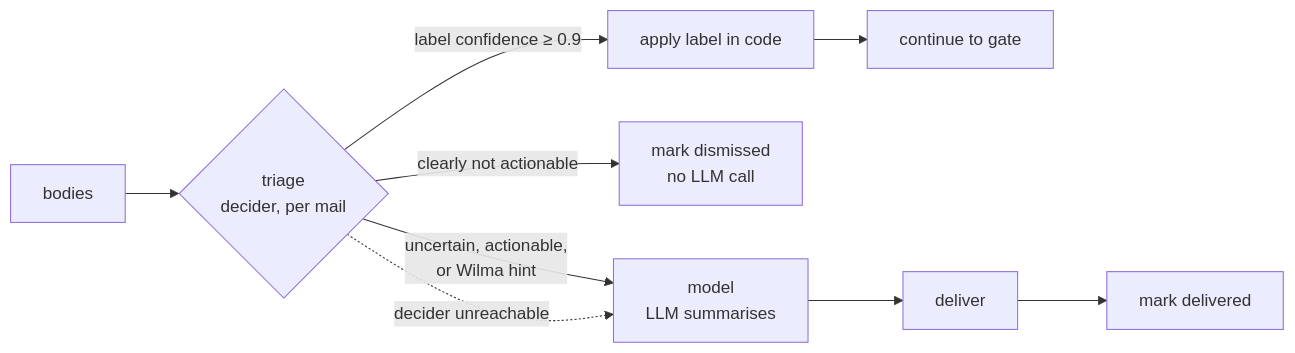
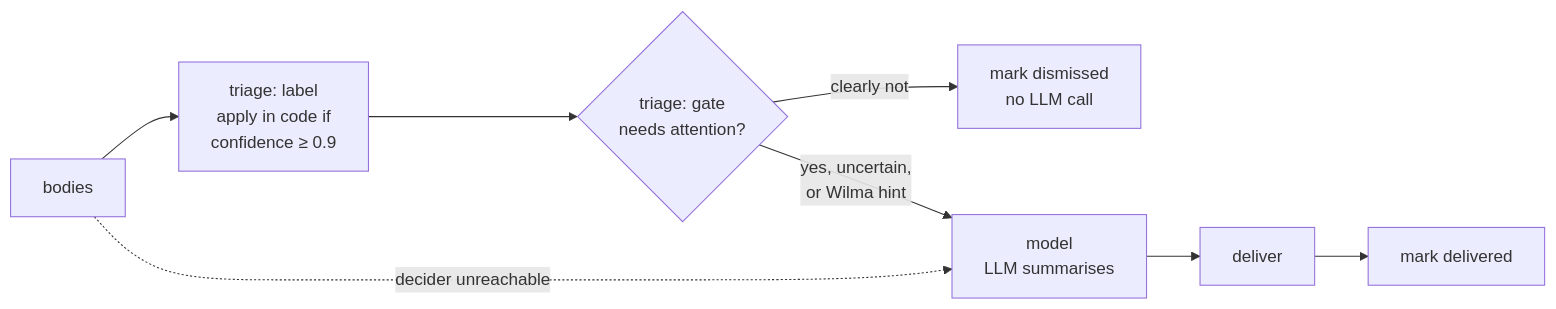
One commit to lepinkainen/metalclaw changed the second of 3 diagrams in research/strands-decider-mail-triage.md. Above: the diagram before and after it, drawn with Mermaid. The commit also changed other lines of this file, not shown here.

Commit message:
Clarify triage flow diagram in Strands Decider research note
Claude-Session: https://claude.ai/code/session_01JETS3CAaXPjsgFyXYB7Ryf

````diff
--- a/research/strands-decider-mail-triage.md
+++ b/research/strands-decider-mail-triage.md
@@ -78,10 +78,9 @@
 ```mermaid
 flowchart LR
-    B[bodies] --> T{triage<br/>decider, per mail}
-    T -->|label confidence ≥ 0.9| LB[apply label in code]
-    T -->|clearly not actionable| X[mark dismissed<br/>no LLM call]
-    T -->|uncertain, actionable,<br/>or Wilma hint| M[model<br/>LLM summarises]
-    T -.->|decider unreachable| M
-    LB --> T2[continue to gate]
+    B[bodies] --> LB[triage: label<br/>apply in code if<br/>confidence ≥ 0.9]
+    LB --> T{triage: gate<br/>needs attention?}
+    T -->|clearly not| X[mark dismissed<br/>no LLM call]
+    T -->|yes, uncertain,<br/>or Wilma hint| M[model<br/>LLM summarises]
+    B -.->|decider unreachable| M
     M --> D[deliver] --> Y[mark delivered]
 ```
````
